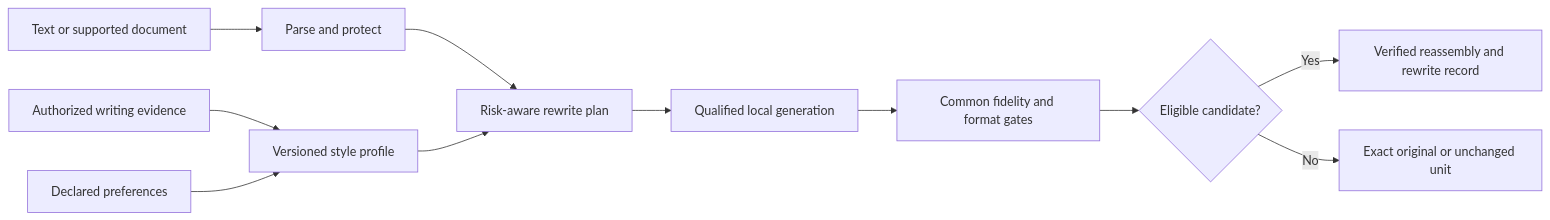
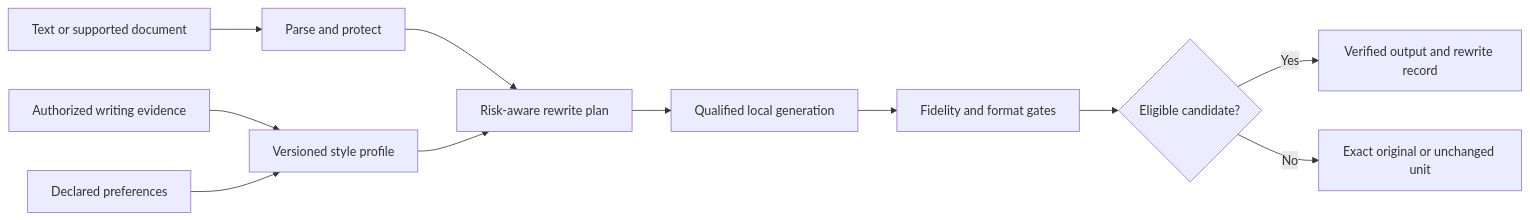
Before and after one commit to blisspixel/retonr: the diagram in readme.md, drawn with Mermaid. The commit also changed other lines of this file and 29 other files, not shown here.

````diff
--- a/readme.md
+++ b/readme.md
@@ -71,13 +78,13 @@
 ```mermaid
 flowchart LR
     Input["Text or supported document"] --> Parse["Parse and protect"]
     Evidence["Authorized writing evidence"] --> Profile["Versioned style profile"]
     Rules["Declared preferences"] --> Profile
     Parse --> Plan["Risk-aware rewrite plan"]
     Profile --> Plan
     Plan --> Generate["Qualified local generation"]
-    Generate --> Validate["Common fidelity and format gates"]
+    Generate --> Validate["Fidelity and format gates"]
     Validate --> Decision{"Eligible candidate?"}
-    Decision -->|Yes| Output["Verified reassembly and rewrite record"]
+    Decision -->|Yes| Output["Verified output and rewrite record"]
     Decision -->|No| Original["Exact original or unchanged unit"]
 ```
````
